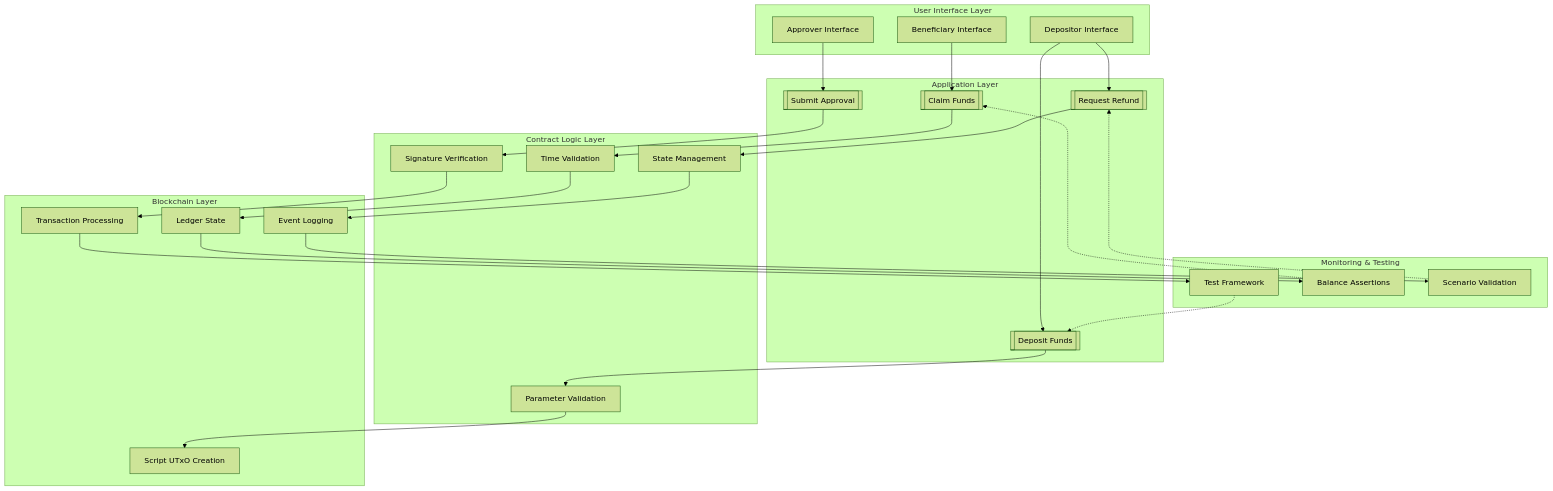
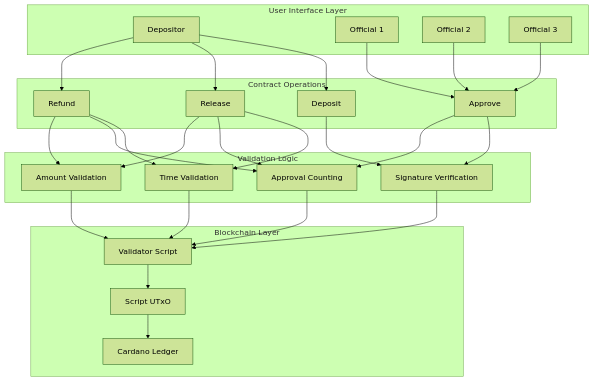
The first of 3 diagrams in Tutorial.md (Onyinyechi46/Fund-Governance), drawn with Mermaid (forest theme) before and after one commit. The commit also changed other lines of this file, not shown here.

First line of the commit message:
Revise tutorial for Fund Governance Smart Contract

````diff
--- a/Tutorial.md
+++ b/Tutorial.md
@@ -26,58 +26,56 @@
 ```mermaid
 flowchart TD
     subgraph "User Interface Layer"
-        UI1[Depositor Interface]
-        UI2[Beneficiary Interface]
-        UI3[Approver Interface]
+        Depositor[Depositor]
+        Official1[Official 1]
+        Official2[Official 2]
+        Official3[Official 3]
     end
     
-    subgraph "Application Layer"
-        EP1[[Deposit Funds]]
-        EP2[[Submit Approval]]
-        EP3[[Claim Funds]]
-        EP4[[Request Refund]]
+    subgraph "Contract Operations"
+        DepositOp[Deposit]
+        ApproveOp[Approve]
+        ReleaseOp[Release]
+        RefundOp[Refund]
     end
     
-    subgraph "Contract Logic Layer"
-        CL1[Parameter Validation]
-        CL2[Signature Verification]
-        CL3[Time Validation]
-        CL4[State Management]
+    subgraph "Validation Logic"
+        SigCheck[Signature Verification]
+        TimeCheck[Time Validation]
+        ApprovalCheck[Approval Counting]
+        AmountCheck[Amount Validation]
     end
     
     subgraph "Blockchain Layer"
-        BL1[Script UTxO Creation]
-        BL2[Transaction Processing]
-        BL3[Ledger State]
-        BL4[Event Logging]
+        ScriptUTXO[Script UTxO]
+        Validator[Validator Script]
+        Ledger[Cardano Ledger]
     end
     
-    subgraph "Monitoring & Testing"
-        MT1[Test Framework]
-        MT2[Balance Assertions]
-        MT3[Scenario Validation]
-    end
+    Depositor --> DepositOp
+    Official1 --> ApproveOp
+    Official2 --> ApproveOp
+    Official3 --> ApproveOp
+    Depositor --> ReleaseOp
+    Depositor --> RefundOp
     
-    UI1 --> EP1
-    UI2 --> EP3
-    UI3 --> EP2
-    UI1 --> EP4
+    DepositOp --> SigCheck
+    ApproveOp --> SigCheck
+    ReleaseOp --> TimeCheck
+    RefundOp --> TimeCheck
     
-    EP1 --> CL1
-    EP2 --> CL2
-    EP3 --> CL3
-    EP4 --> CL4
+    ApproveOp --> ApprovalCheck
+    ReleaseOp --> ApprovalCheck
+    RefundOp --> ApprovalCheck
     
-    CL1 --> BL1
-    CL2 --> BL2
-    CL3 --> BL3
-    CL4 --> BL4
+    ReleaseOp --> AmountCheck
+    RefundOp --> AmountCheck
     
-    BL2 --> MT1
-    BL3 --> MT2
-    BL4 --> MT3
+    SigCheck --> Validator
+    TimeCheck --> Validator
+    ApprovalCheck --> Validator
+    AmountCheck --> Validator
     
-    MT1 -.-> EP1
-    MT2 -.-> EP3
-    MT3 -.-> EP4
+    Validator --> ScriptUTXO
+    ScriptUTXO --> Ledger
 ```
````
